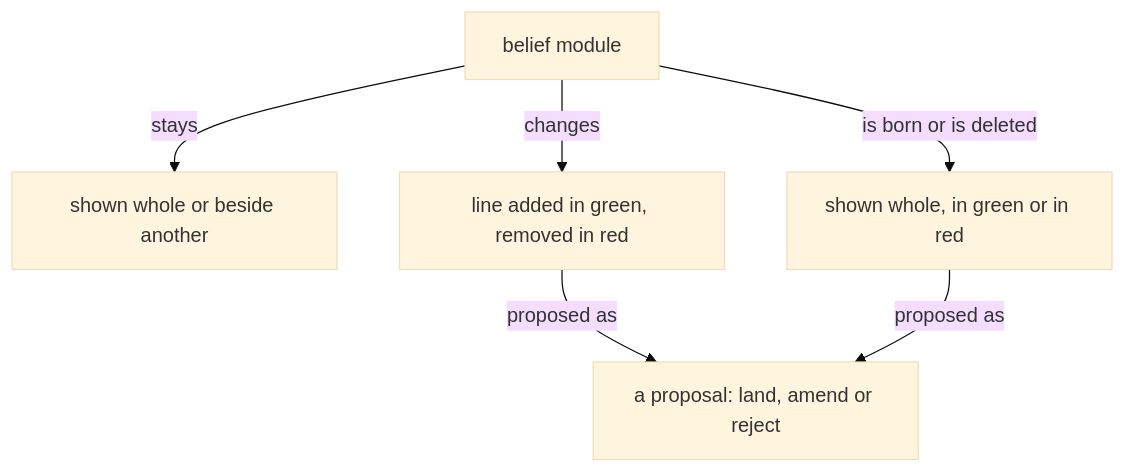
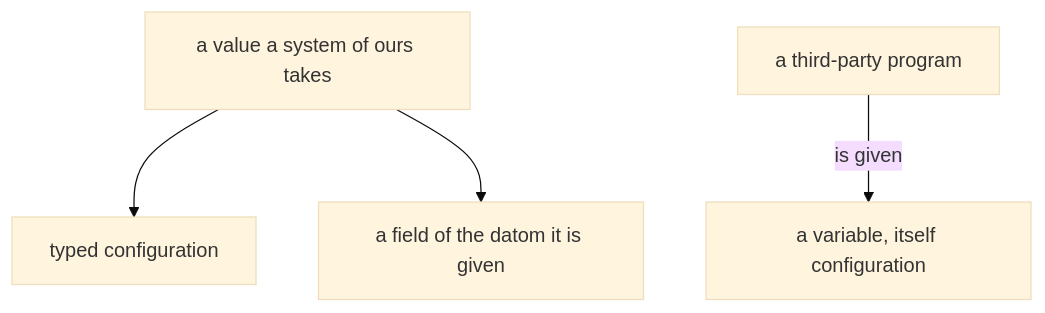
The second of 2 diagrams in .claude/agents/book.md (LiGoldragon/primary), drawn with Mermaid (base theme) before and after one commit. The commit also changed other lines of this file and 3 other files, not shown here.

````diff
--- a/.claude/agents/book.md
+++ b/.claude/agents/book.md
@@ -124,8 +80,6 @@
 ```mermaid
 flowchart TB
-    a["belief module"] -- "stays" --> b["shown whole or beside another"]
-    a -- "changes" --> c["line added in green, removed in red"]
-    a -- "is born or is deleted" --> d["shown whole, in green or in red"]
-    c -- "proposed as" --> e["a proposal: land, amend or reject"]
-    d -- "proposed as" --> e
+    v["a value a system of ours takes"] --> c["typed configuration"]
+    v --> d["a field of the datom it is given"]
+    t["a third-party program"] -- "is given" --> e["a variable, itself configuration"]
 ```
````
